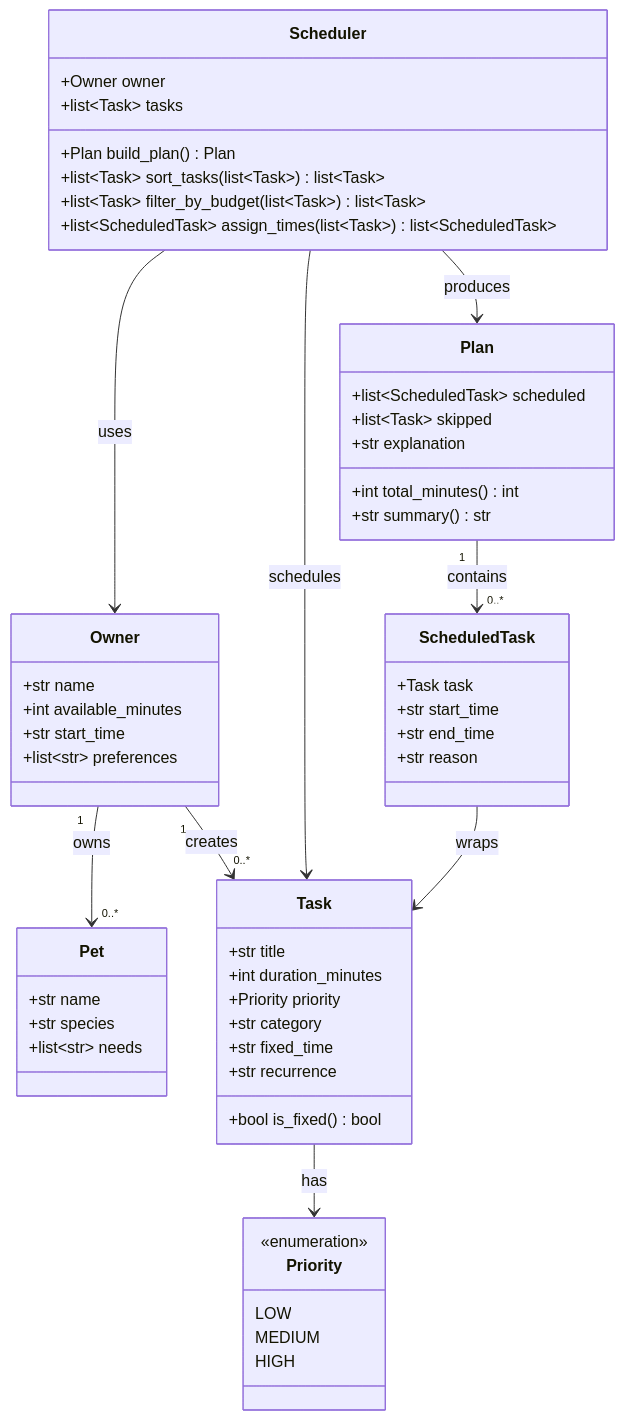
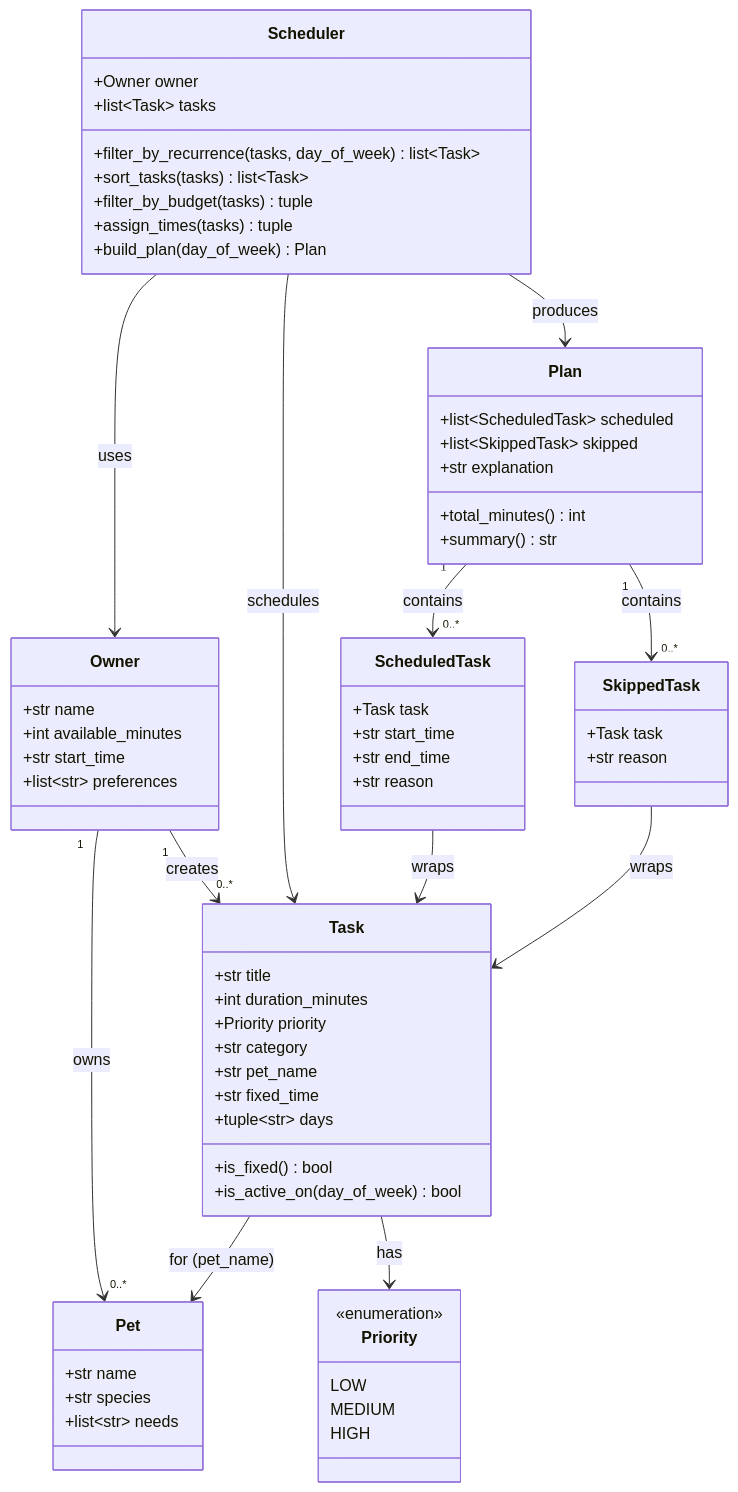
Before and after one commit to egall18/ai110-module2show-pawpal-starter: the diagram in diagrams/uml.mmd, drawn with Mermaid. The commit also changed 8 other files, not shown here.

```diff
--- a/diagrams/uml.mmd
+++ b/diagrams/uml.mmd
@@ -1,67 +1,78 @@
 classDiagram
     %% PawPal+ domain model
     %% Core flow: Owner + Pet profile -> Tasks -> Scheduler -> Plan
-    %% Keep this file in sync with the Python implementation.
+    %% Keep this file in sync with pawpal_system.py.
 
     class Priority {
         <<enumeration>>
         LOW
         MEDIUM
         HIGH
     }
 
     class Owner {
         +str name
         +int available_minutes
         +str start_time
         +list~str~ preferences
     }
 
     class Pet {
         +str name
         +str species
         +list~str~ needs
     }
 
     class Task {
         +str title
         +int duration_minutes
         +Priority priority
         +str category
+        +str pet_name
         +str fixed_time
-        +str recurrence
-        +bool is_fixed() bool
+        +tuple~str~ days
+        +is_fixed() bool
+        +is_active_on(day_of_week) bool
     }
 
     class ScheduledTask {
         +Task task
         +str start_time
         +str end_time
         +str reason
     }
 
+    class SkippedTask {
+        +Task task
+        +str reason
+    }
+
     class Plan {
         +list~ScheduledTask~ scheduled
-        +list~Task~ skipped
+        +list~SkippedTask~ skipped
         +str explanation
-        +int total_minutes() int
-        +str summary() str
+        +total_minutes() int
+        +summary() str
     }
 
     class Scheduler {
         +Owner owner
         +list~Task~ tasks
-        +Plan build_plan() Plan
-        +list~Task~ sort_tasks(list~Task~) list~Task~
-        +list~Task~ filter_by_budget(list~Task~) list~Task~
-        +list~ScheduledTask~ assign_times(list~Task~) list~ScheduledTask~
+        +filter_by_recurrence(tasks, day_of_week) list~Task~
+        +sort_tasks(tasks) list~Task~
+        +filter_by_budget(tasks) tuple
+        +assign_times(tasks) tuple
+        +build_plan(day_of_week) Plan
     }
 
     Owner "1" --> "0..*" Pet : owns
     Owner "1" --> "0..*" Task : creates
+    Task --> Pet : for (pet_name)
     Task --> Priority : has
     Scheduler --> Owner : uses
     Scheduler --> Task : schedules
     Scheduler --> Plan : produces
     Plan "1" --> "0..*" ScheduledTask : contains
+    Plan "1" --> "0..*" SkippedTask : contains
     ScheduledTask --> Task : wraps
+    SkippedTask --> Task : wraps
```
